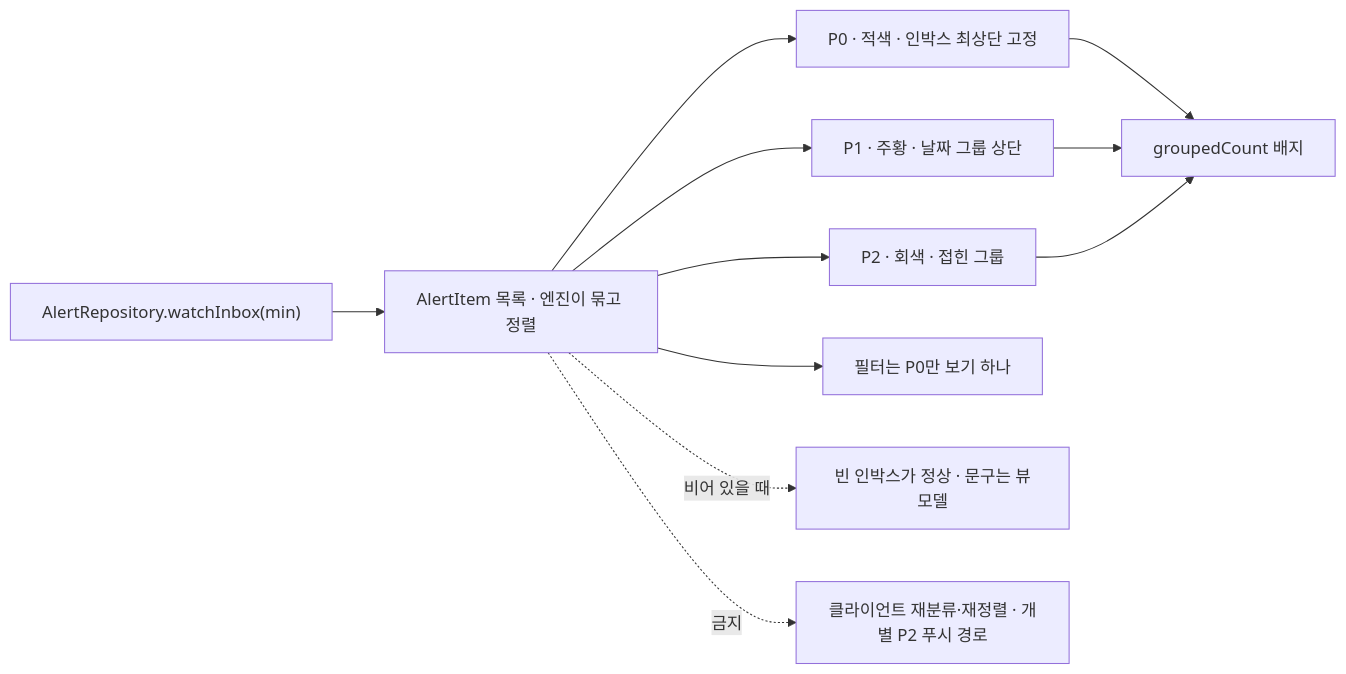
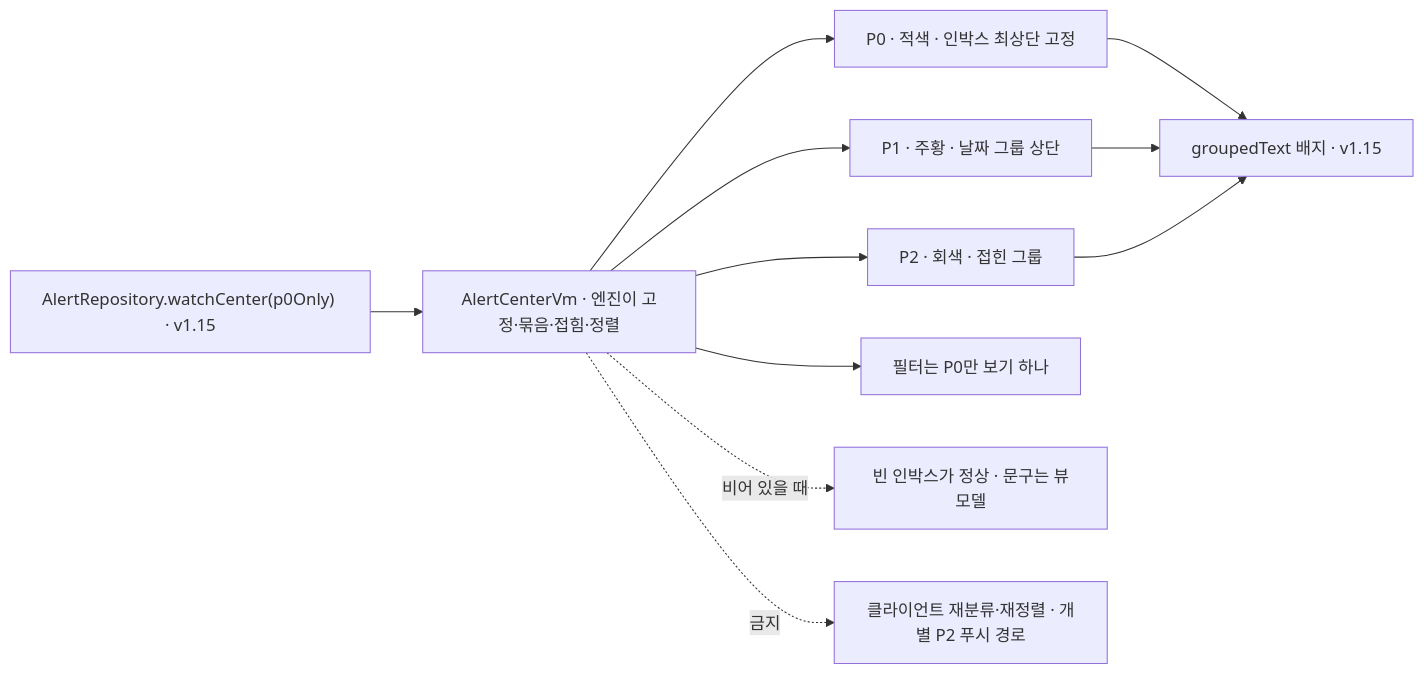
Diagram 12 of 27 in docs/ai-context/04_화면명세_M8_셸_운영홈_알림_온보딩.md (billybeom/AutoAlphaQuant), drawn with Mermaid before and after one commit. The commit also changed other lines of this file and 11 other files, not shown here.

````diff
--- a/docs/ai-context/04_화면명세_M8_셸_운영홈_알림_온보딩.md
+++ b/docs/ai-context/04_화면명세_M8_셸_운영홈_알림_온보딩.md
@@ -726,13 +732,13 @@
 ```mermaid
 flowchart LR
-  REPO["AlertRepository.watchInbox(min)"] --> ROWS["AlertItem 목록 · 엔진이 묶고 정렬"]
+  REPO["AlertRepository.watchCenter(p0Only) · v1.15"] --> ROWS["AlertCenterVm · 엔진이 고정·묶음·접힘·정렬"]
   ROWS --> P0["P0 · 적색 · 인박스 최상단 고정"]
   ROWS --> P1["P1 · 주황 · 날짜 그룹 상단"]
   ROWS --> P2["P2 · 회색 · 접힌 그룹"]
-  P0 --> CNT["groupedCount 배지"]
+  P0 --> CNT["groupedText 배지 · v1.15"]
   P1 --> CNT
   P2 --> CNT
   ROWS --> FLT["필터는 P0만 보기 하나"]
   ROWS -.->|"비어 있을 때"| EMPTY["빈 인박스가 정상 · 문구는 뷰모델"]
   ROWS -.->|"금지"| RE["클라이언트 재분류·재정렬 · 개별 P2 푸시 경로"]
 ```
````
